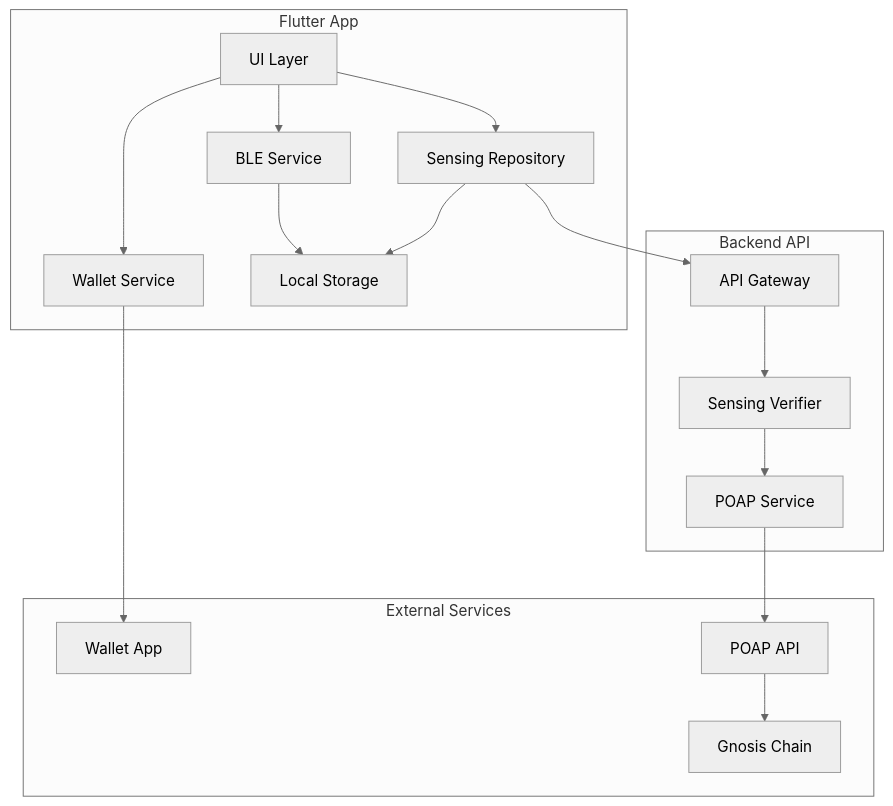
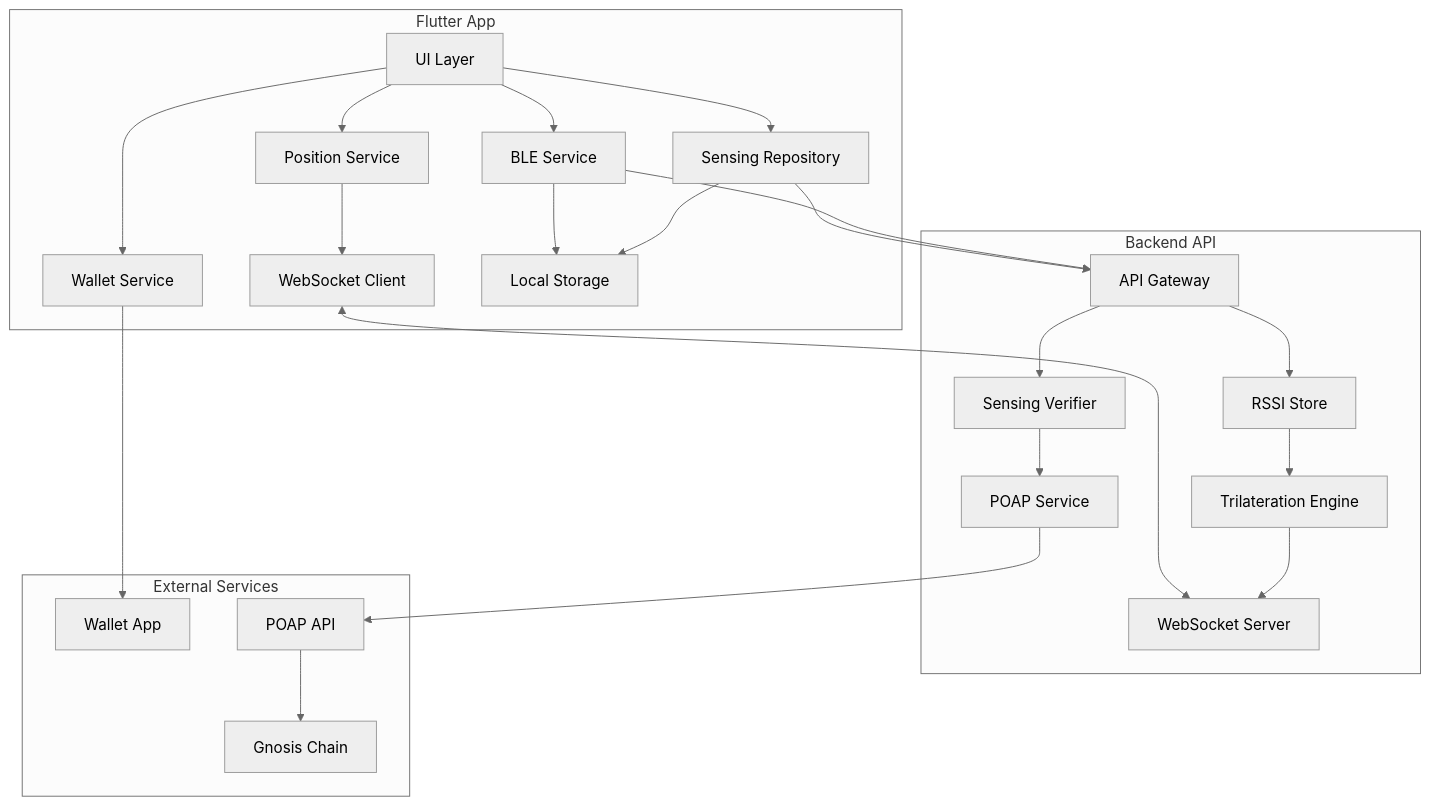
One commit to levarac/beid changed the first of 6 diagrams in .kiro/specs/ble-mutual-sensing-dapp/design.md. Above: the diagram before and after it, drawn with Mermaid (neutral theme). The commit also changed other lines of this file and 19 other files, not shown here.

First line of the commit message:
feat: Add trilateration backend and position service for relative positioning

````diff
--- a/.kiro/specs/ble-mutual-sensing-dapp/design.md
+++ b/.kiro/specs/ble-mutual-sensing-dapp/design.md
@@ -27,34 +30,46 @@
 ```mermaid
 graph TB
     subgraph Client[Flutter App]
         UI[UI Layer]
         BLEService[BLE Service]
         WalletService[Wallet Service]
         SensingRepo[Sensing Repository]
+        PositionService[Position Service]
+        WebSocketClient[WebSocket Client]
         LocalStorage[Local Storage]
     end
 
     subgraph Backend[Backend API]
         APIGateway[API Gateway]
+        WebSocketServer[WebSocket Server]
         SensingVerifier[Sensing Verifier]
+        TrilaterationEngine[Trilateration Engine]
         POAPService[POAP Service]
+        RSSIStore[RSSI Store]
     end
 
     subgraph External[External Services]
         WalletApp[Wallet App]
         POAPAPI[POAP API]
         Blockchain[Gnosis Chain]
     end
 
     UI --> BLEService
     UI --> WalletService
     UI --> SensingRepo
+    UI --> PositionService
     BLEService --> LocalStorage
     SensingRepo --> LocalStorage
     SensingRepo --> APIGateway
+    BLEService --> APIGateway
+    PositionService --> WebSocketClient
+    WebSocketClient <--> WebSocketServer
     WalletService --> WalletApp
     APIGateway --> SensingVerifier
+    APIGateway --> RSSIStore
+    RSSIStore --> TrilaterationEngine
+    TrilaterationEngine --> WebSocketServer
     SensingVerifier --> POAPService
     POAPService --> POAPAPI
     POAPAPI --> Blockchain
 ```
````
